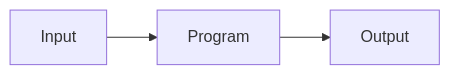
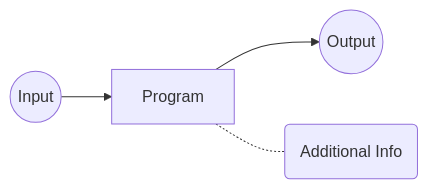
One commit to DuALzzz/Program-analysis-note changed the diagram in docs/Introduction/intro.md. Above: the diagram before and after it, drawn with Mermaid. The commit also changed other lines of this file, not shown here.

````diff
--- a/docs/Introduction/intro.md
+++ b/docs/Introduction/intro.md
@@ -21,5 +21,9 @@
 ```mermaid
 graph LR
-Input --> Program --> Output
+A((Input))
+C((Output))
+D(Additional Info)
+A --> Program --> C
+Program -.- D
 
 ```
````
